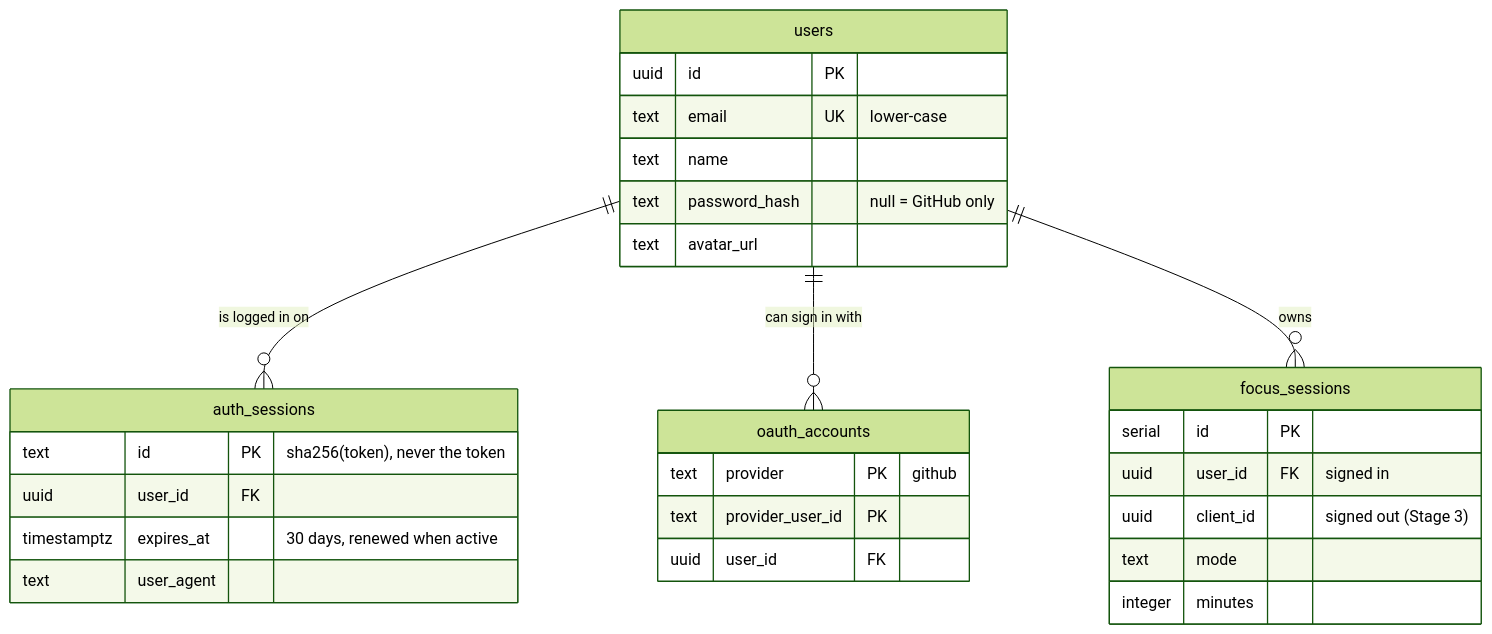
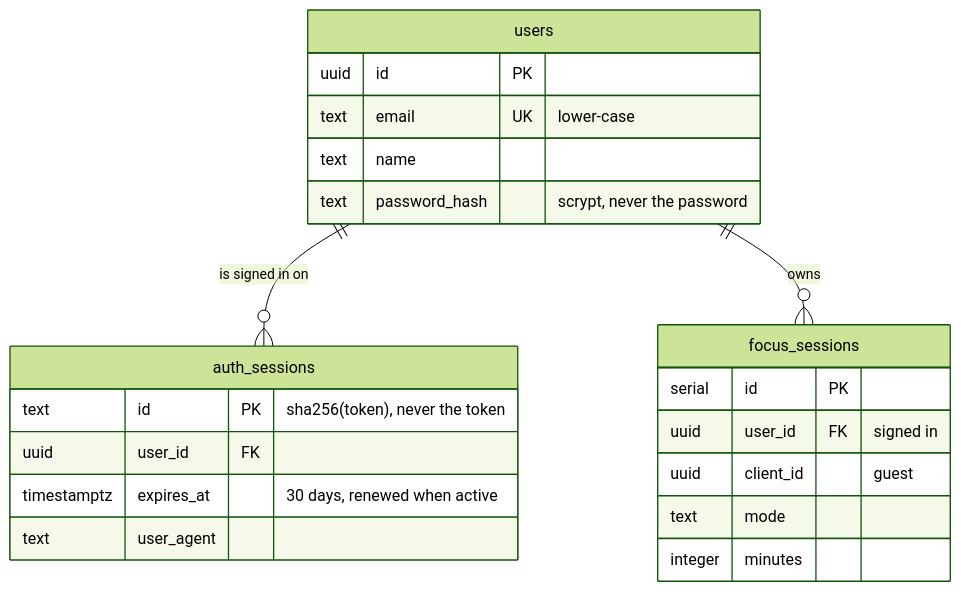
Before and after one commit to tqhung431/MyWeb: the fourth of 4 diagrams in docs/stage-4.md, drawn with Mermaid (forest theme). The commit also changed other lines of this file and 40 other files, not shown here.

First line of the commit message:
Stage 4 rework: guests first, many users on the network, no GitHub login

````diff
--- a/docs/stage-4.md
+++ b/docs/stage-4.md
@@ -130,31 +126,24 @@
 ```mermaid
 erDiagram
-    users ||--o{ auth_sessions : "is logged in on"
-    users ||--o{ oauth_accounts : "can sign in with"
+    users ||--o{ auth_sessions : "is signed in on"
     users ||--o{ focus_sessions : "owns"
     users {
         uuid id PK
         text email UK "lower-case"
         text name
-        text password_hash "null = GitHub only"
-        text avatar_url
+        text password_hash "scrypt, never the password"
     }
     auth_sessions {
         text id PK "sha256(token), never the token"
         uuid user_id FK
         timestamptz expires_at "30 days, renewed when active"
         text user_agent
     }
-    oauth_accounts {
-        text provider PK "github"
-        text provider_user_id PK
-        uuid user_id FK
-    }
     focus_sessions {
         serial id PK
         uuid user_id FK "signed in"
-        uuid client_id "signed out (Stage 3)"
+        uuid client_id "guest"
         text mode
         integer minutes
     }
 ```
````
